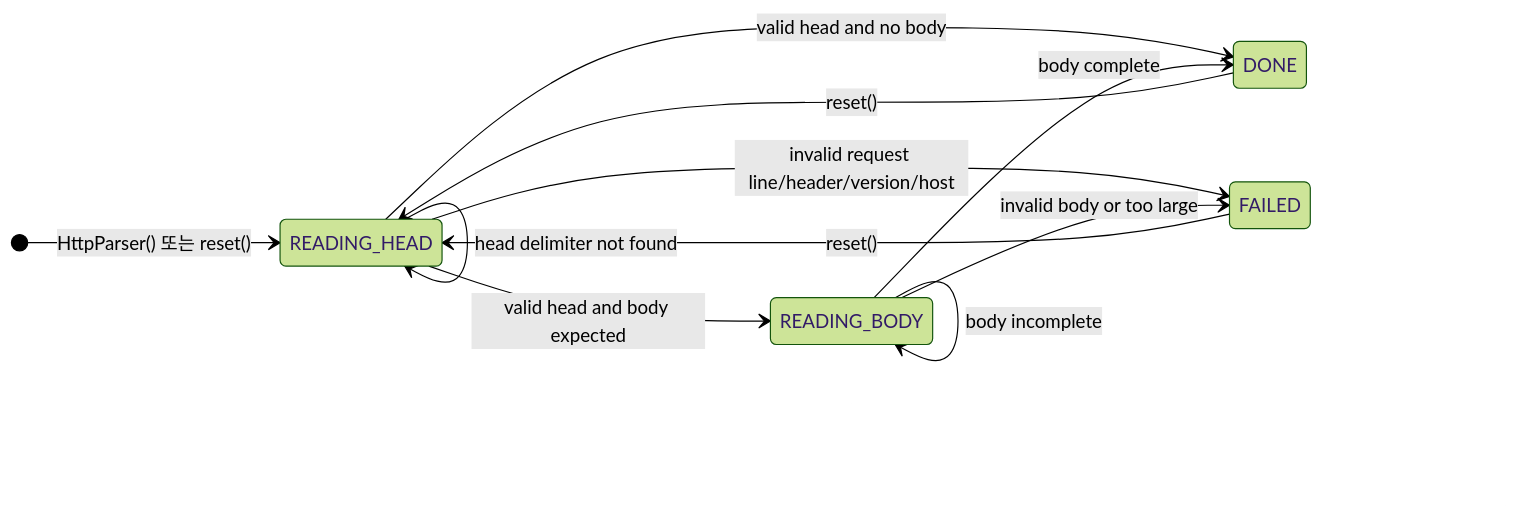
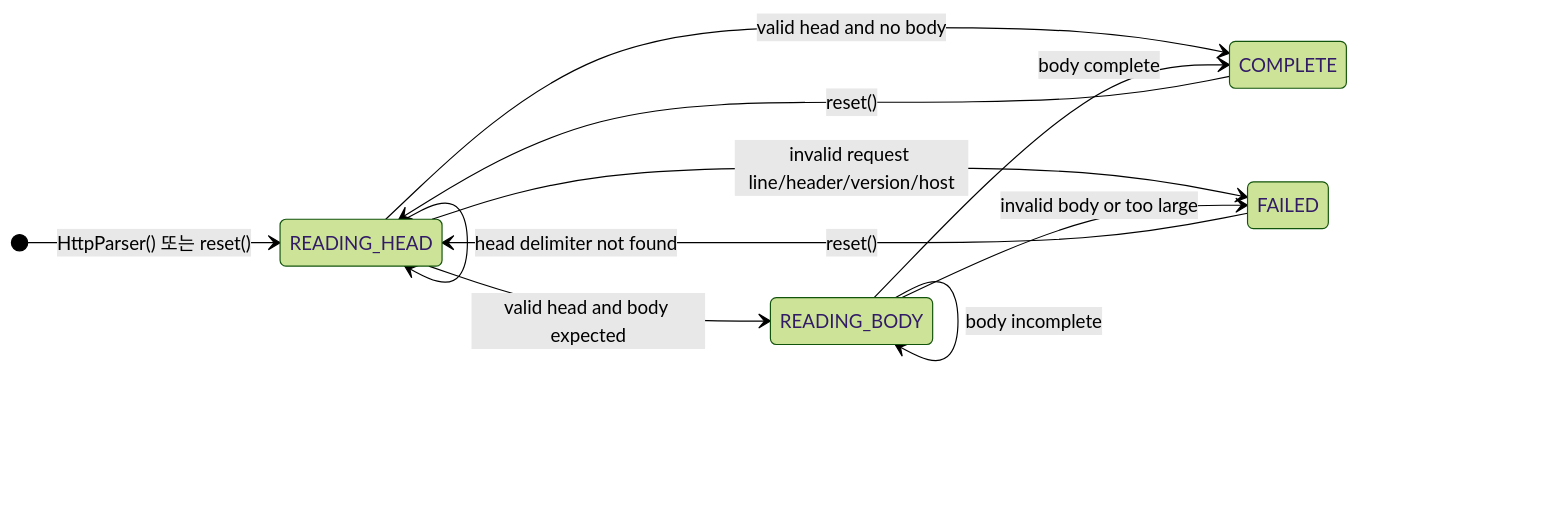
One commit to gkrtjd99/Webserv changed the second of 7 diagrams in docs/HTTP/request-parser-design.md. Above: the diagram before and after it, drawn with Mermaid (forest theme). The commit also changed other lines of this file and 5 other files, not shown here.

````diff
--- a/docs/HTTP/request-parser-design.md
+++ b/docs/HTTP/request-parser-design.md
@@ -56,18 +56,18 @@
 ```mermaid
 stateDiagram-v2
     direction LR
 
     [*] --> READING_HEAD: HttpParser() 또는 reset()
 
     READING_HEAD --> READING_HEAD: head delimiter not found
-    READING_HEAD --> DONE: valid head and no body
+    READING_HEAD --> COMPLETE: valid head and no body
     READING_HEAD --> READING_BODY: valid head and body expected
     READING_HEAD --> FAILED: invalid request line/header/version/host
 
     READING_BODY --> READING_BODY: body incomplete
-    READING_BODY --> DONE: body complete
+    READING_BODY --> COMPLETE: body complete
     READING_BODY --> FAILED: invalid body or too large
 
-    DONE --> READING_HEAD: reset()
+    COMPLETE --> READING_HEAD: reset()
     FAILED --> READING_HEAD: reset()
 ```
````
